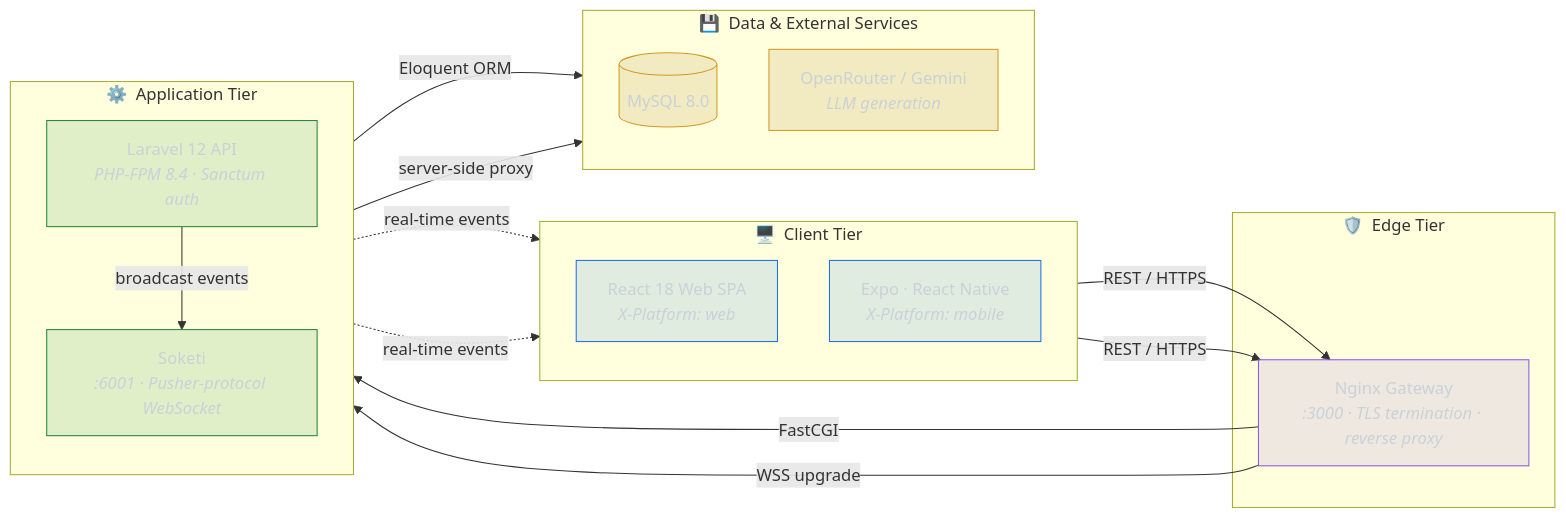
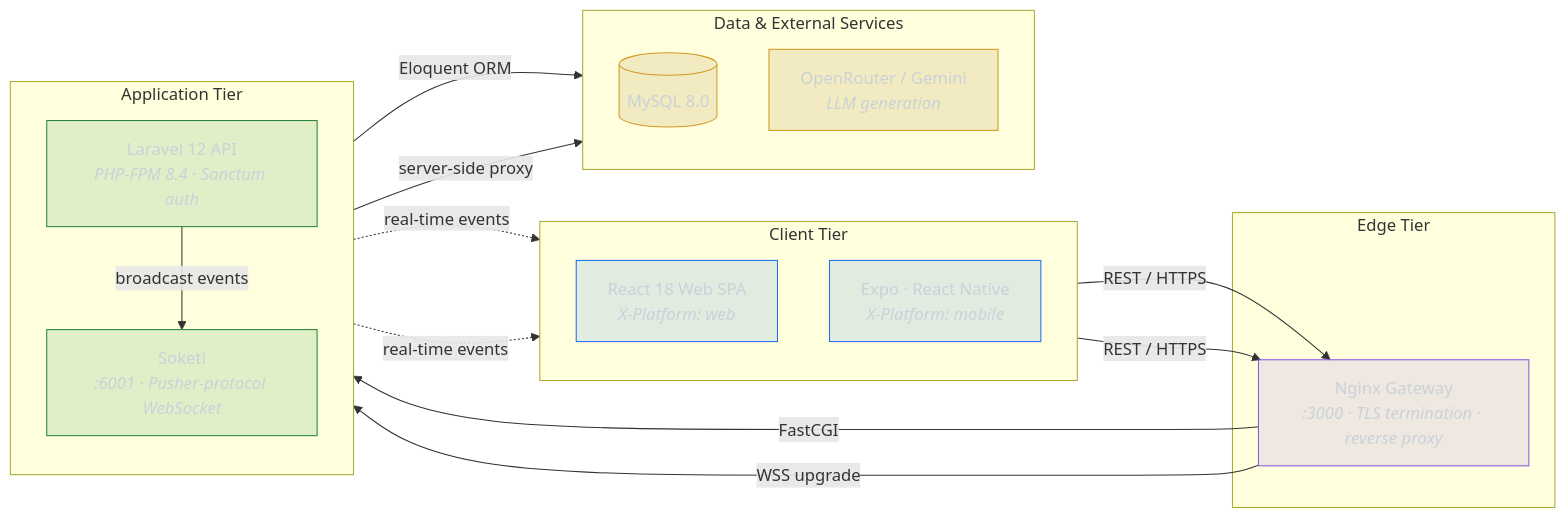
The diagram in README.md (ijanvincent/cognivia), drawn with Mermaid before and after one commit.

Commit message:
docs(readme): drop emoji icons from architecture diagram tiers

````diff
--- a/README.md
+++ b/README.md
@@ -164,46 +164,46 @@
 ```mermaid
 flowchart LR
-    subgraph clients["🖥️ &nbsp;Client Tier"]
+    subgraph clients["Client Tier"]
         direction TB
         Web["React 18 Web SPA<br/><i>X-Platform: web</i>"]
         Mobile["Expo · React Native<br/><i>X-Platform: mobile</i>"]
     end
 
-    subgraph edge["🛡️ &nbsp;Edge Tier"]
+    subgraph edge["Edge Tier"]
         GW["Nginx Gateway<br/><i>:3000 · TLS termination · reverse proxy</i>"]
     end
 
-    subgraph app["⚙️ &nbsp;Application Tier"]
+    subgraph app["Application Tier"]
         direction TB
         API["Laravel 12 API<br/><i>PHP-FPM 8.4 · Sanctum auth</i>"]
         Soketi["Soketi<br/><i>:6001 · Pusher-protocol WebSocket</i>"]
     end
 
-    subgraph data["💾 &nbsp;Data &amp; External Services"]
+    subgraph data["Data &amp; External Services"]
         direction TB
         DB[("MySQL 8.0")]
         AI["OpenRouter / Gemini<br/><i>LLM generation</i>"]
     end
 
     Web    -- "REST / HTTPS" --> GW
     Mobile -- "REST / HTTPS" --> GW
     GW     -- "FastCGI" --> API
     GW     -- "WSS upgrade" --> Soketi
 
     API -- "Eloquent ORM" --> DB
     API -- "broadcast events" --> Soketi
     API -- "server-side proxy" --> AI
 
     Soketi -. "real-time events" .-> Web
     Soketi -. "real-time events" .-> Mobile
 
     classDef client fill:#1f6feb22,stroke:#1f6feb,stroke-width:1px,color:#c9d1d9;
     classDef gateway fill:#8957e522,stroke:#8957e5,stroke-width:1px,color:#c9d1d9;
     classDef service fill:#23863622,stroke:#238636,stroke-width:1px,color:#c9d1d9;
     classDef store fill:#9e6a0322,stroke:#d29922,stroke-width:1px,color:#c9d1d9;
 
     class Web,Mobile client;
     class GW gateway;
     class API,Soketi service;
     class DB,AI store;
 ```
````
